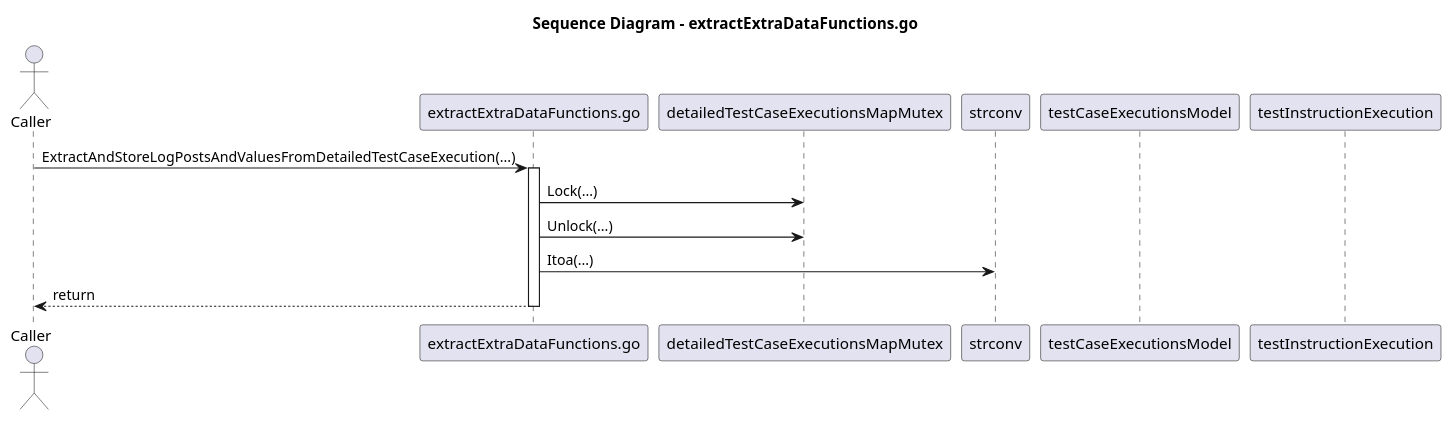
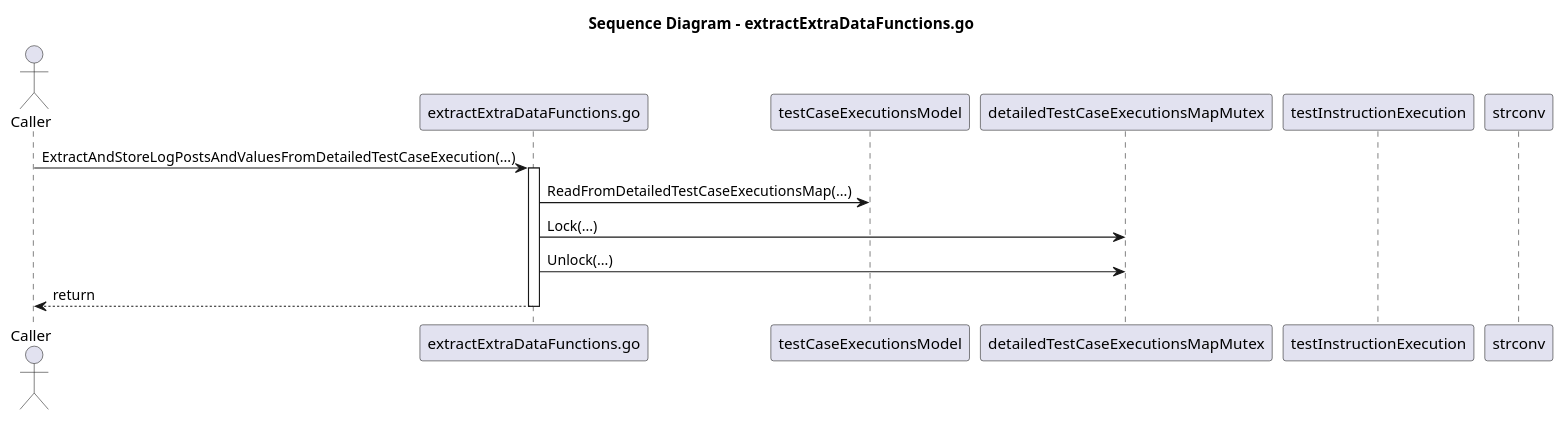
One commit to jlambert68/FenixTesterGui changed the diagram in testCaseExecutions/testCaseExecutionsModel/docs/extractExtraDataFunctions_sequence.puml. Above: the diagram before and after it, drawn with PlantUML. The commit also changed 707 other files, not shown here.

Commit message:
Added md-files, activity-diagrams and sequence-diagrams for all go-files, v3

```diff
--- a/testCaseExecutions/testCaseExecutionsModel/docs/extractExtraDataFunctions_sequence.puml
+++ b/testCaseExecutions/testCaseExecutionsModel/docs/extractExtraDataFunctions_sequence.puml
@@ -1,16 +1,16 @@
 @startuml
 title Sequence Diagram - extractExtraDataFunctions.go
 actor Caller
 participant "extractExtraDataFunctions.go" as File
+participant "testCaseExecutionsModel" as testCaseExecutionsModel
 participant "detailedTestCaseExecutionsMapMutex" as detailedTestCaseExecutionsMapMutex
+participant "testInstructionExecution" as testInstructionExecution
 participant "strconv" as strconv
-participant "testCaseExecutionsModel" as testCaseExecutionsModel
-participant "testInstructionExecution" as testInstructionExecution
 Caller -> File: ExtractAndStoreLogPostsAndValuesFromDetailedTestCaseExecution(...)
 activate File
+File -> testCaseExecutionsModel: ReadFromDetailedTestCaseExecutionsMap(...)
 File -> detailedTestCaseExecutionsMapMutex: Lock(...)
 File -> detailedTestCaseExecutionsMapMutex: Unlock(...)
-File -> strconv: Itoa(...)
 File --> Caller: return
 deactivate File
 @enduml
```
